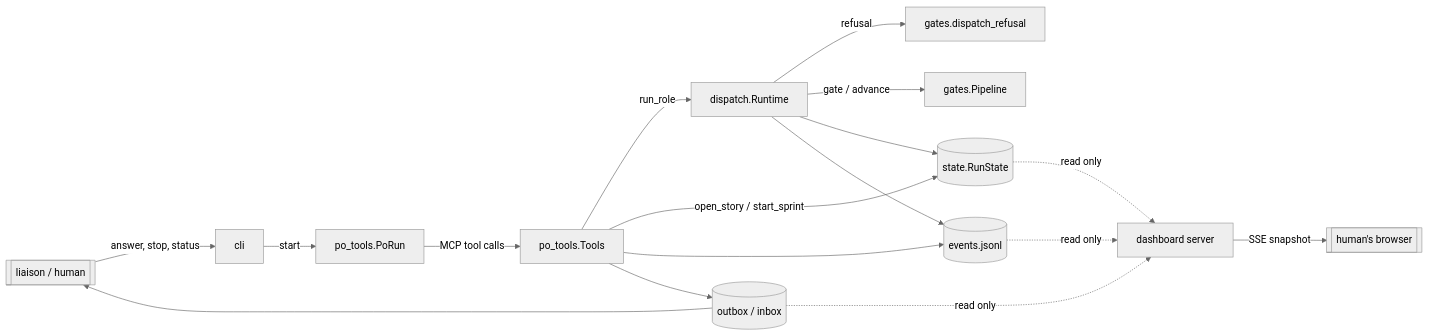
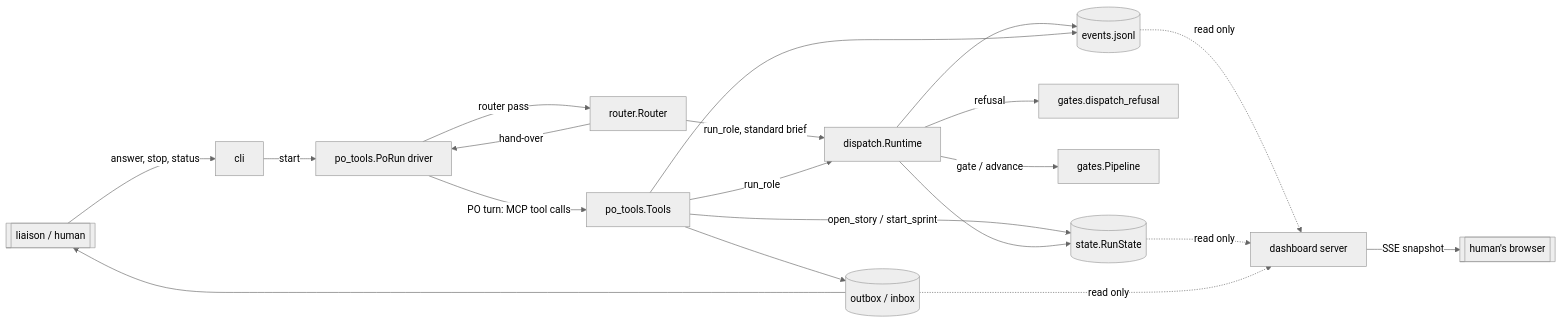
Before and after one commit to devnu11/claude-skills: the first of 6 diagrams in agile-team/docs/architecture.md, drawn with Mermaid (neutral theme). The commit also changed other lines of this file and 7 other files, not shown here.

````diff
--- a/agile-team/docs/architecture.md
+++ b/agile-team/docs/architecture.md
@@ -28,19 +45,22 @@
 ```mermaid
 flowchart LR
   liaison[[liaison / human]] -- answer, stop, status --> cli
-  cli -- start --> po[po_tools.PoRun]
-  po -- MCP tool calls --> tools[po_tools.Tools]
+  cli -- start --> po[po_tools.PoRun driver]
+  po -- PO turn: MCP tool calls --> tools[po_tools.Tools]
+  po -- router pass --> router[router.Router]
+  router -- run_role, standard brief --> rt
+  router -- hand-over --> po
   tools -- run_role --> rt[dispatch.Runtime]
   tools -- open_story / start_sprint --> st[(state.RunState)]
   rt -- refusal --> gates[gates.dispatch_refusal]
   rt -- gate / advance --> pipe[gates.Pipeline]
   rt --> st
   rt --> ev[(events.jsonl)]
   tools --> ev
   tools --> relay[(outbox / inbox)]
   relay --> liaison
   ev -. read only .-> dash[dashboard server]
   st -. read only .-> dash
   relay -. read only .-> dash
   dash -- SSE snapshot --> browser[[human's browser]]
 ```
````
